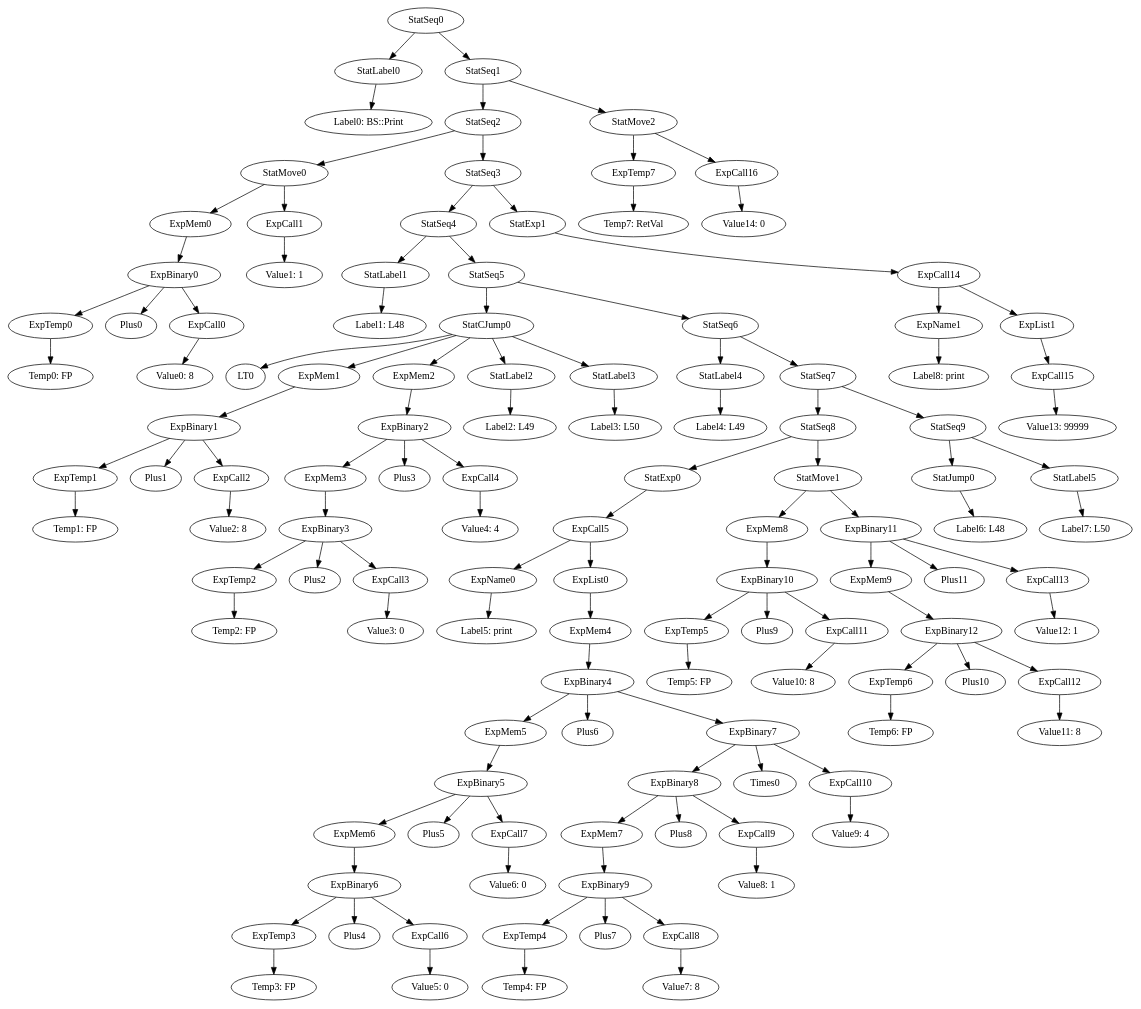
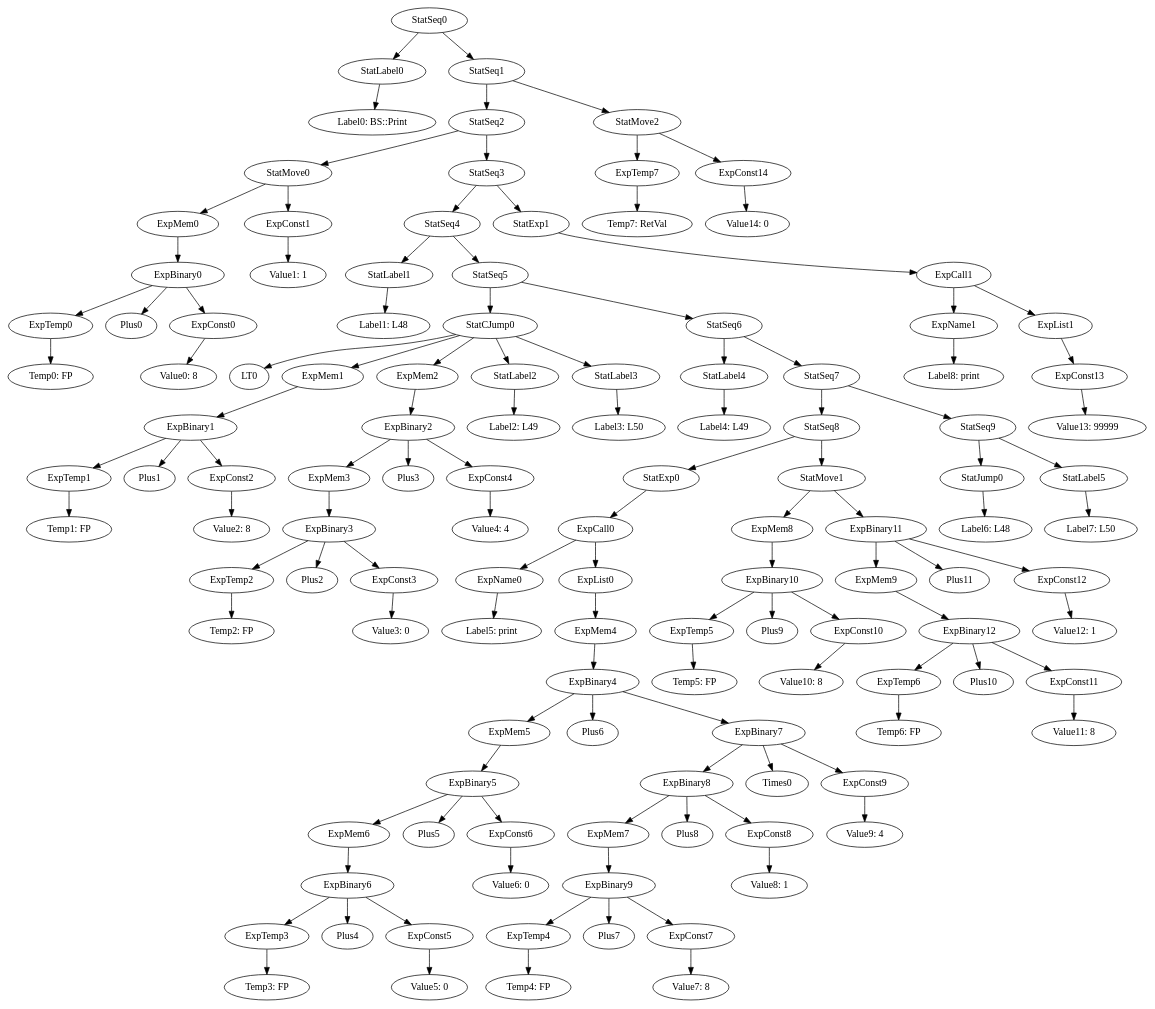
One commit to team-compilers/compilers changed the diagram in MiniJava/results/SamplesCorrect/BinarySearch/irt_BS::Print.gv. Above: the diagram before and after it, drawn with Graphviz. The commit also changed 183 other files, not shown here.

```diff
--- a/MiniJava/results/SamplesCorrect/BinarySearch/irt_BS::Print.gv
+++ b/MiniJava/results/SamplesCorrect/BinarySearch/irt_BS::Print.gv
@@ -1,123 +1,123 @@
 digraph {
 	ordering = out;
-	ExpCall16 -> "Value14: 0";
+	ExpConst14 -> "Value14: 0";
 	StatMove2 -> ExpTemp7;
-	StatMove2 -> ExpCall16;
-	ExpCall15 -> "Value13: 99999";
-	ExpCall14 -> ExpName1;
-	ExpCall14 -> ExpList1;
+	StatMove2 -> ExpConst14;
+	StatExp1 -> ExpCall1;
+	ExpConst13 -> "Value13: 99999";
 	ExpName1 -> "Label8: print";
-	ExpCall12 -> "Value11: 8";
+	ExpCall1 -> ExpName1;
+	ExpCall1 -> ExpList1;
+	StatJump0 -> "Label6: L48";
+	ExpConst11 -> "Value11: 8";
 	StatSeq7 -> StatSeq8;
 	StatSeq7 -> StatSeq9;
 	ExpBinary12 -> ExpTemp6;
 	ExpBinary12 -> Plus10;
-	ExpBinary12 -> ExpCall12;
+	ExpBinary12 -> ExpConst11;
 	ExpTemp6 -> "Temp6: FP";
 	StatMove1 -> ExpMem8;
 	StatMove1 -> ExpBinary11;
 	StatSeq1 -> StatSeq2;
 	StatSeq1 -> StatMove2;
 	ExpMem8 -> ExpBinary10;
-	ExpCall11 -> "Value10: 8";
+	ExpConst10 -> "Value10: 8";
 	ExpBinary10 -> ExpTemp5;
 	ExpBinary10 -> Plus9;
-	ExpBinary10 -> ExpCall11;
+	ExpBinary10 -> ExpConst10;
 	StatLabel5 -> "Label7: L50";
 	ExpTemp5 -> "Temp5: FP";
 	ExpMem4 -> ExpBinary4;
-	ExpCall5 -> ExpName0;
-	ExpCall5 -> ExpList0;
 	ExpTemp2 -> "Temp2: FP";
-	ExpMem9 -> ExpBinary12;
-	ExpMem1 -> ExpBinary1;
+	ExpConst3 -> "Value3: 0";
+	ExpConst7 -> "Value7: 8";
 	ExpTemp1 -> "Temp1: FP";
-	StatExp0 -> ExpCall5;
+	StatExp0 -> ExpCall0;
 	StatSeq0 -> StatLabel0;
 	StatSeq0 -> StatSeq1;
-	ExpCall13 -> "Value12: 1";
+	ExpConst12 -> "Value12: 1";
 	ExpBinary7 -> ExpBinary8;
 	ExpBinary7 -> Times0;
-	ExpBinary7 -> ExpCall10;
+	ExpBinary7 -> ExpConst9;
 	ExpList0 -> ExpMem4;
 	StatCJump0 -> LT0;
 	StatCJump0 -> ExpMem1;
 	StatCJump0 -> ExpMem2;
 	StatCJump0 -> StatLabel2;
 	StatCJump0 -> StatLabel3;
 	ExpBinary0 -> ExpTemp0;
 	ExpBinary0 -> Plus0;
-	ExpBinary0 -> ExpCall0;
-	StatExp1 -> ExpCall14;
-	ExpCall2 -> "Value2: 8";
-	ExpCall7 -> "Value6: 0";
+	ExpBinary0 -> ExpConst0;
 	StatSeq4 -> StatLabel1;
 	StatSeq4 -> StatSeq5;
+	StatLabel1 -> "Label1: L48";
+	ExpMem2 -> ExpBinary2;
 	StatSeq9 -> StatJump0;
 	StatSeq9 -> StatLabel5;
-	ExpCall0 -> "Value0: 8";
-	StatLabel1 -> "Label1: L48";
-	ExpMem2 -> ExpBinary2;
+	ExpCall0 -> ExpName0;
+	ExpCall0 -> ExpList0;
 	StatMove0 -> ExpMem0;
-	StatMove0 -> ExpCall1;
-	StatJump0 -> "Label6: L48";
-	ExpCall1 -> "Value1: 1";
+	StatMove0 -> ExpConst1;
+	ExpConst2 -> "Value2: 8";
 	ExpBinary3 -> ExpTemp2;
 	ExpBinary3 -> Plus2;
-	ExpBinary3 -> ExpCall3;
+	ExpBinary3 -> ExpConst3;
+	ExpConst5 -> "Value5: 0";
 	ExpTemp7 -> "Temp7: RetVal";
 	ExpTemp0 -> "Temp0: FP";
 	StatSeq5 -> StatCJump0;
 	StatSeq5 -> StatSeq6;
 	StatLabel4 -> "Label4: L49";
 	StatSeq3 -> StatSeq4;
 	StatSeq3 -> StatExp1;
 	ExpMem7 -> ExpBinary9;
+	ExpBinary2 -> ExpMem3;
+	ExpBinary2 -> Plus3;
+	ExpBinary2 -> ExpConst4;
 	ExpMem5 -> ExpBinary5;
 	StatLabel0 -> "Label0: BS::Print";
-	ExpBinary2 -> ExpMem3;
-	ExpBinary2 -> Plus3;
-	ExpBinary2 -> ExpCall4;
+	StatLabel2 -> "Label2: L49";
 	ExpMem3 -> ExpBinary3;
-	ExpCall9 -> "Value8: 1";
-	ExpList1 -> ExpCall15;
-	ExpCall3 -> "Value3: 0";
+	ExpList1 -> ExpConst13;
 	ExpBinary1 -> ExpTemp1;
 	ExpBinary1 -> Plus1;
-	ExpBinary1 -> ExpCall2;
-	ExpCall8 -> "Value7: 8";
+	ExpBinary1 -> ExpConst2;
 	ExpMem0 -> ExpBinary0;
 	ExpBinary6 -> ExpTemp3;
 	ExpBinary6 -> Plus4;
-	ExpBinary6 -> ExpCall6;
+	ExpBinary6 -> ExpConst5;
 	StatSeq2 -> StatMove0;
 	StatSeq2 -> StatSeq3;
-	ExpCall4 -> "Value4: 4";
-	StatLabel2 -> "Label2: L49";
-	StatLabel3 -> "Label3: L50";
+	ExpMem9 -> ExpBinary12;
+	ExpMem1 -> ExpBinary1;
+	ExpConst6 -> "Value6: 0";
+	ExpConst1 -> "Value1: 1";
 	ExpBinary8 -> ExpMem7;
 	ExpBinary8 -> Plus8;
-	ExpBinary8 -> ExpCall9;
+	ExpBinary8 -> ExpConst8;
 	StatSeq6 -> StatLabel4;
 	StatSeq6 -> StatSeq7;
 	StatSeq8 -> StatExp0;
 	StatSeq8 -> StatMove1;
 	ExpTemp3 -> "Temp3: FP";
-	ExpCall10 -> "Value9: 4";
 	ExpName0 -> "Label5: print";
-	ExpCall6 -> "Value5: 0";
+	ExpMem6 -> ExpBinary6;
+	ExpConst0 -> "Value0: 8";
 	ExpBinary4 -> ExpMem5;
 	ExpBinary4 -> Plus6;
 	ExpBinary4 -> ExpBinary7;
-	ExpMem6 -> ExpBinary6;
-	ExpBinary11 -> ExpMem9;
-	ExpBinary11 -> Plus11;
-	ExpBinary11 -> ExpCall13;
-	ExpBinary5 -> ExpMem6;
-	ExpBinary5 -> Plus5;
-	ExpBinary5 -> ExpCall7;
 	ExpTemp4 -> "Temp4: FP";
 	ExpBinary9 -> ExpTemp4;
 	ExpBinary9 -> Plus7;
-	ExpBinary9 -> ExpCall8;
+	ExpBinary9 -> ExpConst7;
+	ExpConst4 -> "Value4: 4";
+	StatLabel3 -> "Label3: L50";
+	ExpConst8 -> "Value8: 1";
+	ExpBinary11 -> ExpMem9;
+	ExpBinary11 -> Plus11;
+	ExpBinary11 -> ExpConst12;
+	ExpBinary5 -> ExpMem6;
+	ExpBinary5 -> Plus5;
+	ExpBinary5 -> ExpConst6;
+	ExpConst9 -> "Value9: 4";
 }
```
